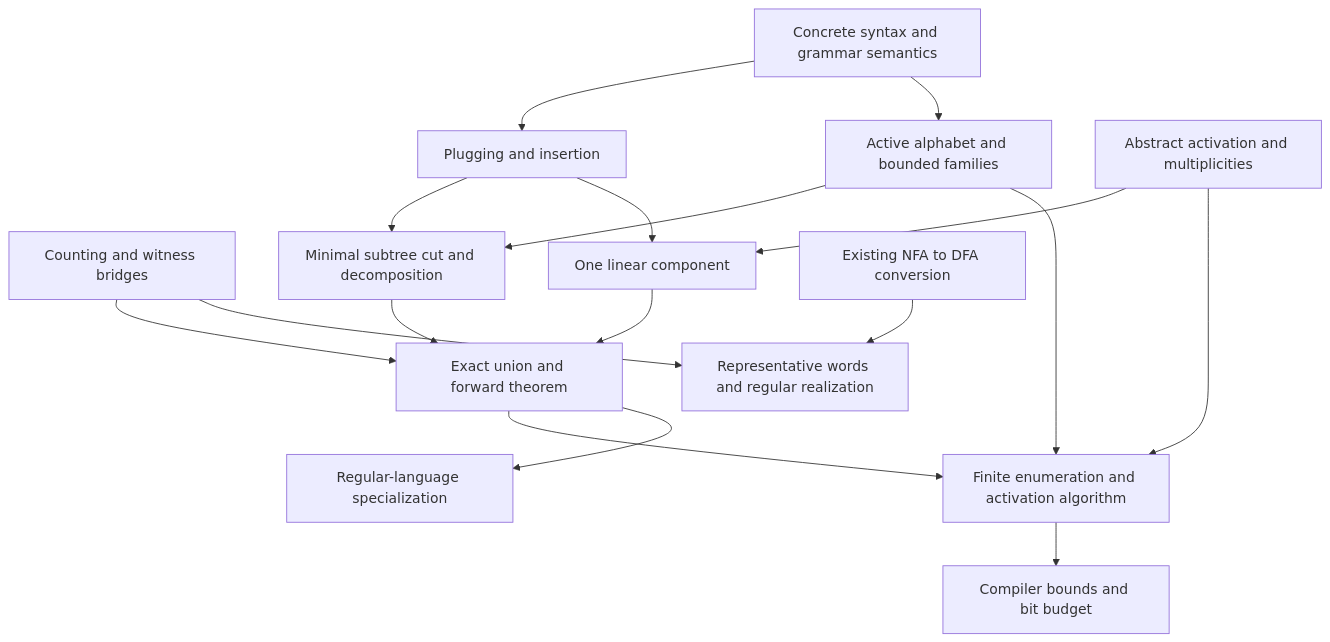
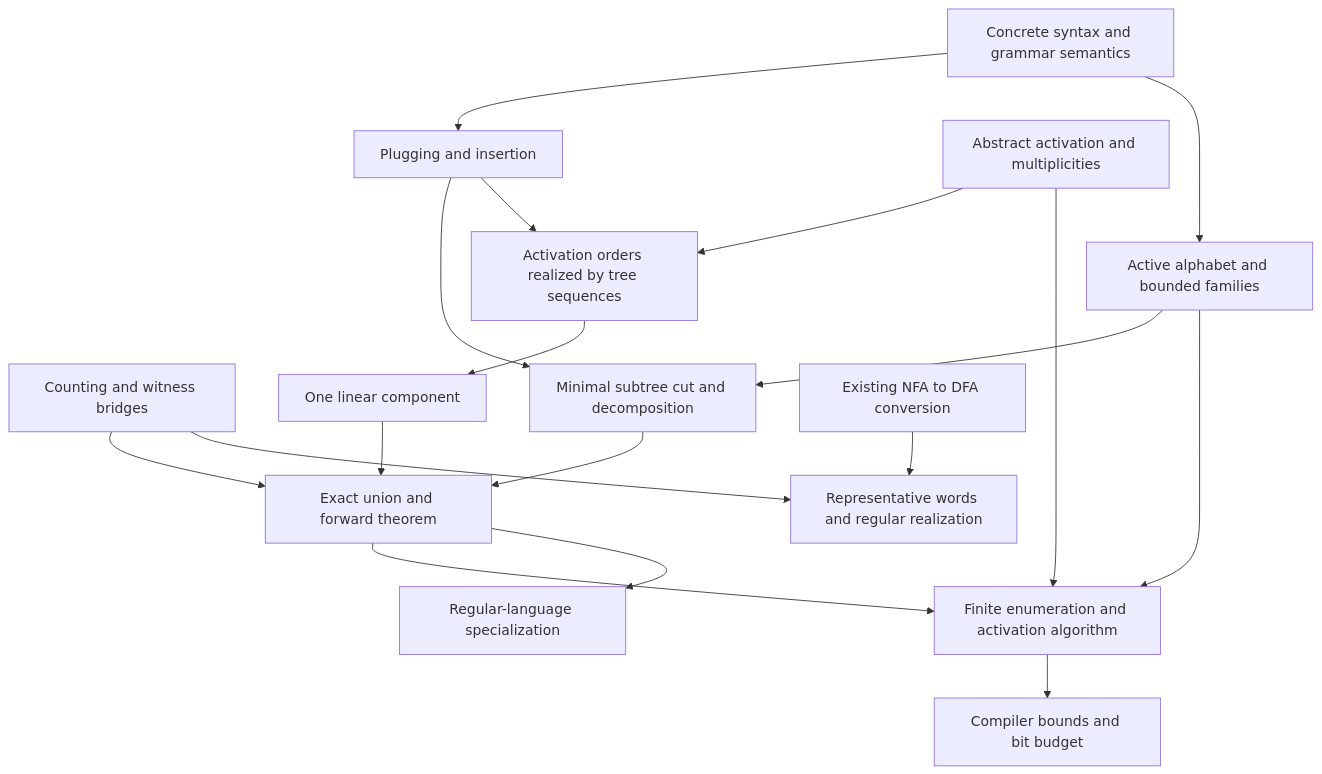
The diagram in docs/PROOF_PLAN.md (focs-lab/parikh-theorem), drawn with Mermaid before and after one commit. The commit also changed other lines of this file and 7 other files, not shown here.

Commit message:
Prove insertion sequence accounting and activation realization

````diff
--- a/docs/PROOF_PLAN.md
+++ b/docs/PROOF_PLAN.md
@@ -27,19 +30,20 @@
 ```mermaid
 flowchart TD
   Counting[Counting and witness bridges] --> Main[Exact union and forward theorem]
   Trees[Concrete syntax and grammar semantics] --> Surgery[Plugging and insertion]
   Trees --> Bounded[Active alphabet and bounded families]
   Surgery --> Cut[Minimal subtree cut and decomposition]
   Bounded --> Cut
-  Surgery --> Linear[One linear component]
-  Activation[Abstract activation and multiplicities] --> Linear
+  Surgery --> Realize[Activation orders realized by tree sequences]
+  Activation[Abstract activation and multiplicities] --> Realize
+  Realize --> Linear[One linear component]
   Cut --> Main
   Linear --> Main
   Counting --> Converse[Representative words and regular realization]
   DFA[Existing NFA to DFA conversion] --> Converse
   Bounded --> Compiler[Finite enumeration and activation algorithm]
   Activation --> Compiler
   Main --> Compiler
   Compiler --> Bounds[Compiler bounds and bit budget]
   Main --> Regular[Regular-language specialization]
 ```
````
